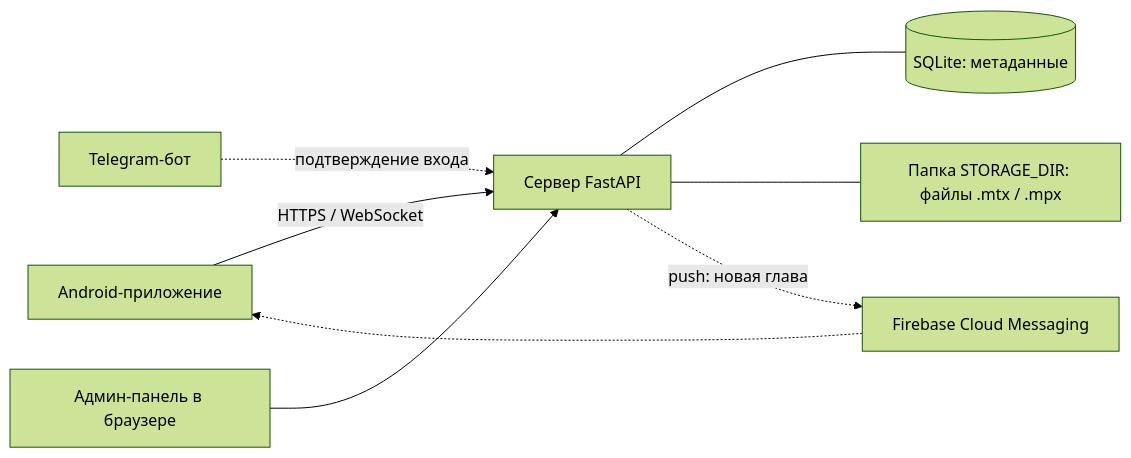
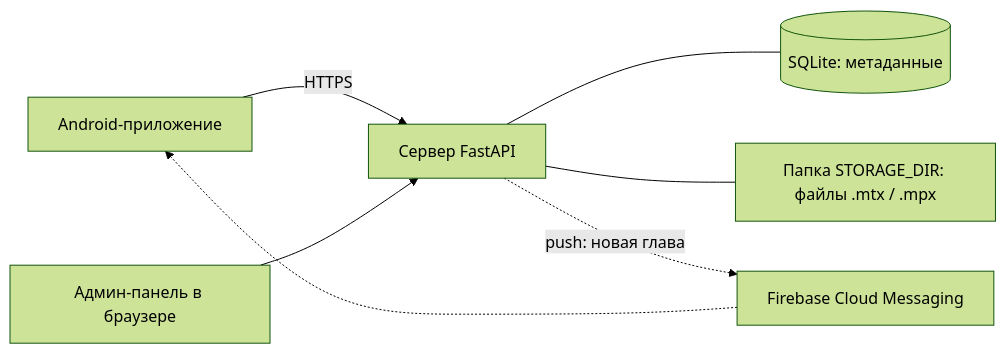
The first of 2 diagrams in README.md (dedussamosval/AlyaNovel), drawn with Mermaid (forest theme) before and after one commit. The commit also changed other lines of this file and 2 other files, not shown here.

````diff
--- a/README.md
+++ b/README.md
@@ -84,10 +83,9 @@
 ```mermaid
 flowchart LR
-    A["Android-приложение"] -- "HTTPS / WebSocket" --> S["Сервер FastAPI"]
+    A["Android-приложение"] -- "HTTPS" --> S["Сервер FastAPI"]
     S --- D[("SQLite: метаданные")]
     S --- F["Папка STORAGE_DIR: файлы .mtx / .mpx"]
-    T["Telegram-бот"] -. "подтверждение входа" .-> S
     W["Админ-панель в браузере"] --> S
     S -. "push: новая глава" .-> G["Firebase Cloud Messaging"]
     G -.-> A
 ```
````
